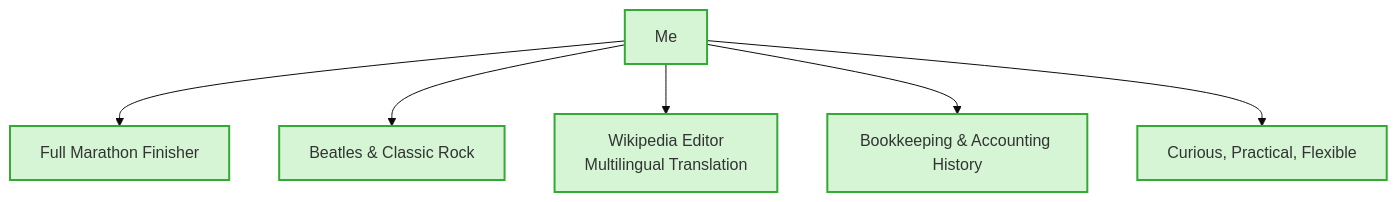
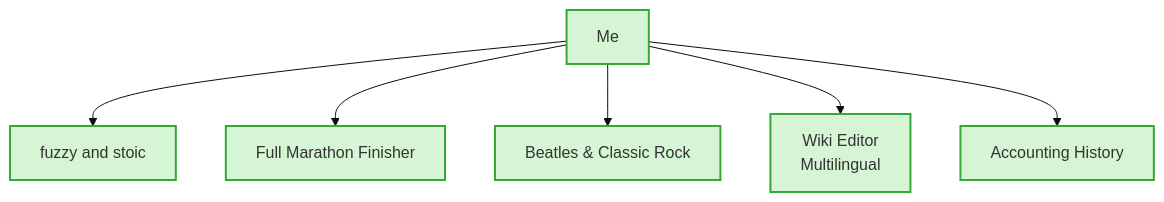
Before and after one commit to takeshiyoshida76-cell/takeshiyoshida76: the second of 2 diagrams in README.md, drawn with Mermaid (base theme). The commit also changed other lines of this file, not shown here.

````diff
--- a/README.md
+++ b/README.md
@@ -64,9 +61,9 @@
 ```mermaid
 graph TD
     classDef interest fill:#d5f5d5,stroke:#33aa33,stroke-width:2px;
-    C[Me]:::interest --> C1[Full Marathon Finisher]:::interest
-    C --> C2[Beatles & Classic Rock]:::interest
-    C --> C3[Wikipedia Editor\nMultilingual Translation]:::interest
-    C --> C4[Bookkeeping & Accounting History]:::interest
-    C --> C5[Curious, Practical, Flexible]:::interest
+    C[Me]:::interest --> C1[fuzzy and stoic]:::interest
+    C --> C2[Full Marathon Finisher]:::interest
+    C --> C3[Beatles & Classic Rock]:::interest
+    C --> C4[Wiki Editor\nMultilingual]:::interest
+    C --> C5[Accounting History]:::interest
 ```
````
